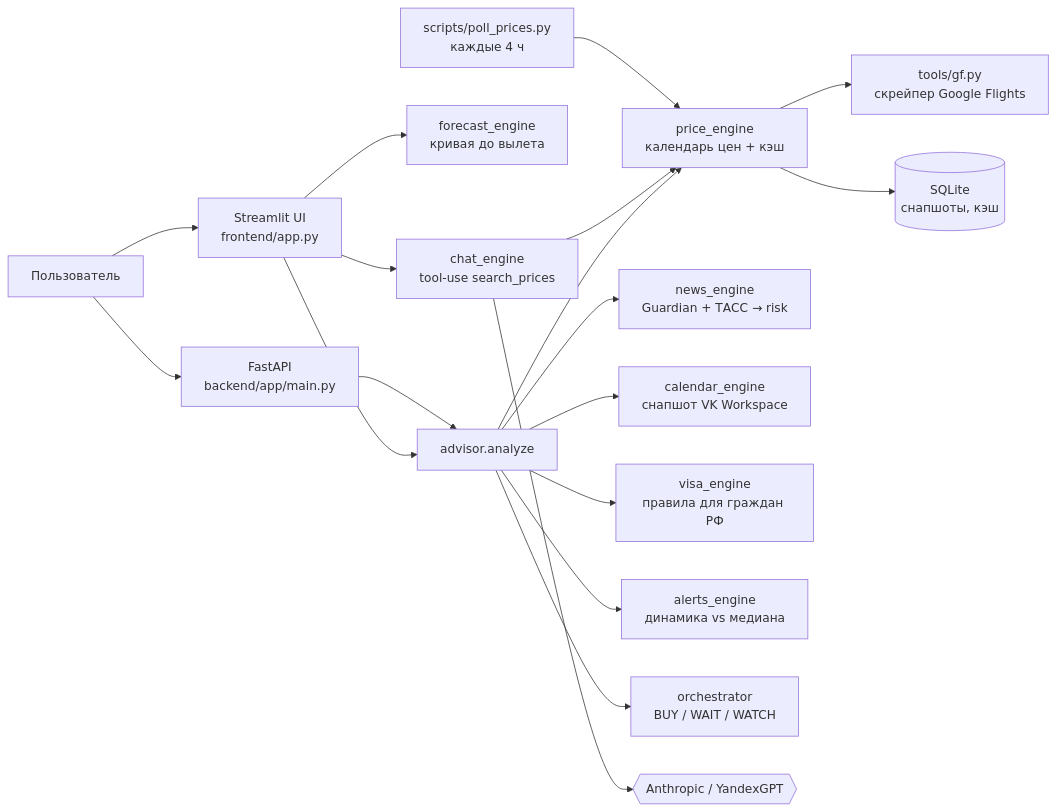
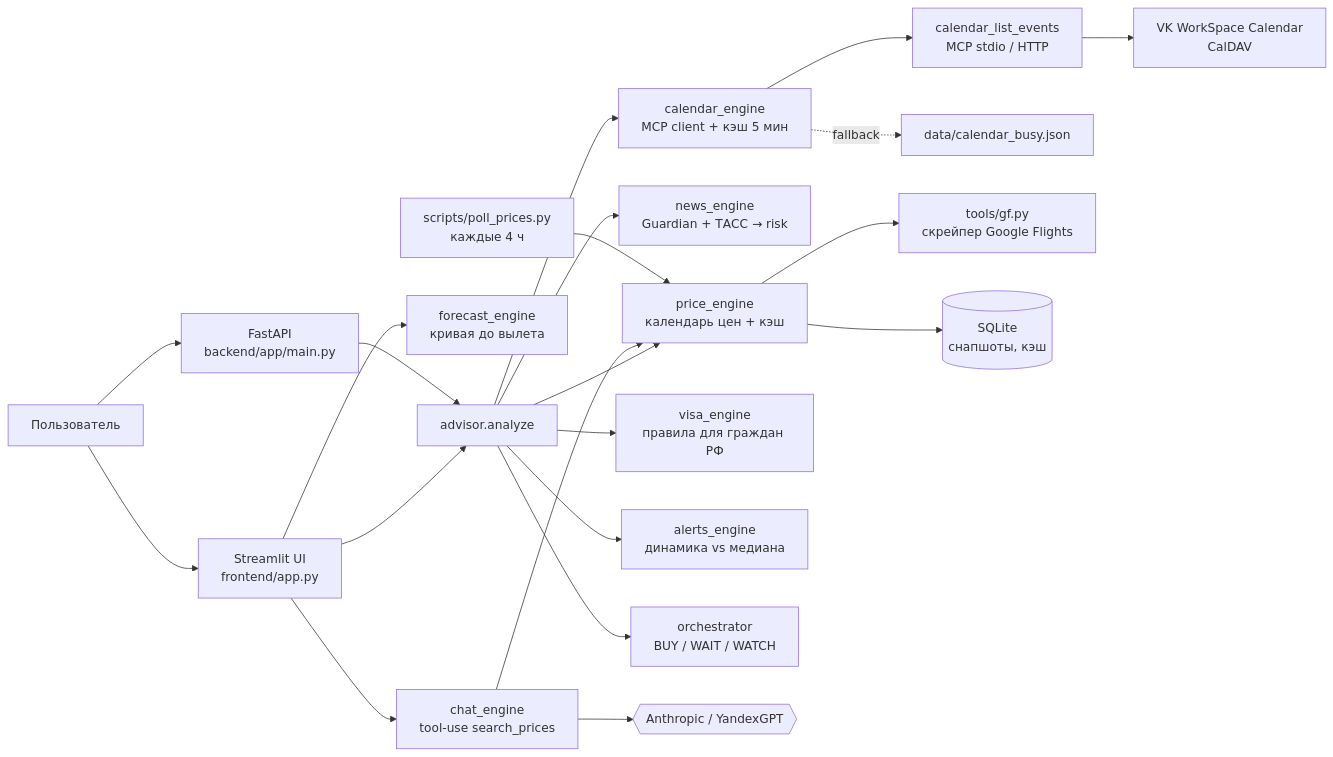
Before and after one commit to maria-igntv/flight-advisor: the diagram in README.md, drawn with Mermaid. The commit also changed other lines of this file and 11 other files, not shown here.

Commit message:
Add VK Workspace calendar MCP integration

````diff
--- a/README.md
+++ b/README.md
@@ -124,20 +156,23 @@
 ```mermaid
 flowchart LR
   U[Пользователь] --> UI[Streamlit UI<br/>frontend/app.py]
   U --> API[FastAPI<br/>backend/app/main.py]
   UI --> ADV[advisor.analyze]
   API --> ADV
   ADV --> PE[price_engine<br/>календарь цен + кэш]
   ADV --> NE[news_engine<br/>Guardian + ТАСС → risk]
-  ADV --> CE[calendar_engine<br/>снапшот VK Workspace]
+  ADV --> CE[calendar_engine<br/>MCP client + кэш 5 мин]
+  CE --> MCP[calendar_list_events<br/>MCP stdio / HTTP]
+  MCP --> VK[VK WorkSpace Calendar<br/>CalDAV]
+  CE -. fallback .-> SNAP[data/calendar_busy.json]
   ADV --> VE[visa_engine<br/>правила для граждан РФ]
   ADV --> AE[alerts_engine<br/>динамика vs медиана]
   ADV --> OR[orchestrator<br/>BUY / WAIT / WATCH]
   UI --> FE[forecast_engine<br/>кривая до вылета]
   UI --> CH[chat_engine<br/>tool-use search_prices]
   CH --> LLM{{Anthropic / YandexGPT}}
   CH --> PE
   PE --> GF[tools/gf.py<br/>скрейпер Google Flights]
   PE --> DB[(SQLite<br/>снапшоты, кэш)]
   POLL[scripts/poll_prices.py<br/>каждые 4 ч] --> PE
 ```
````
